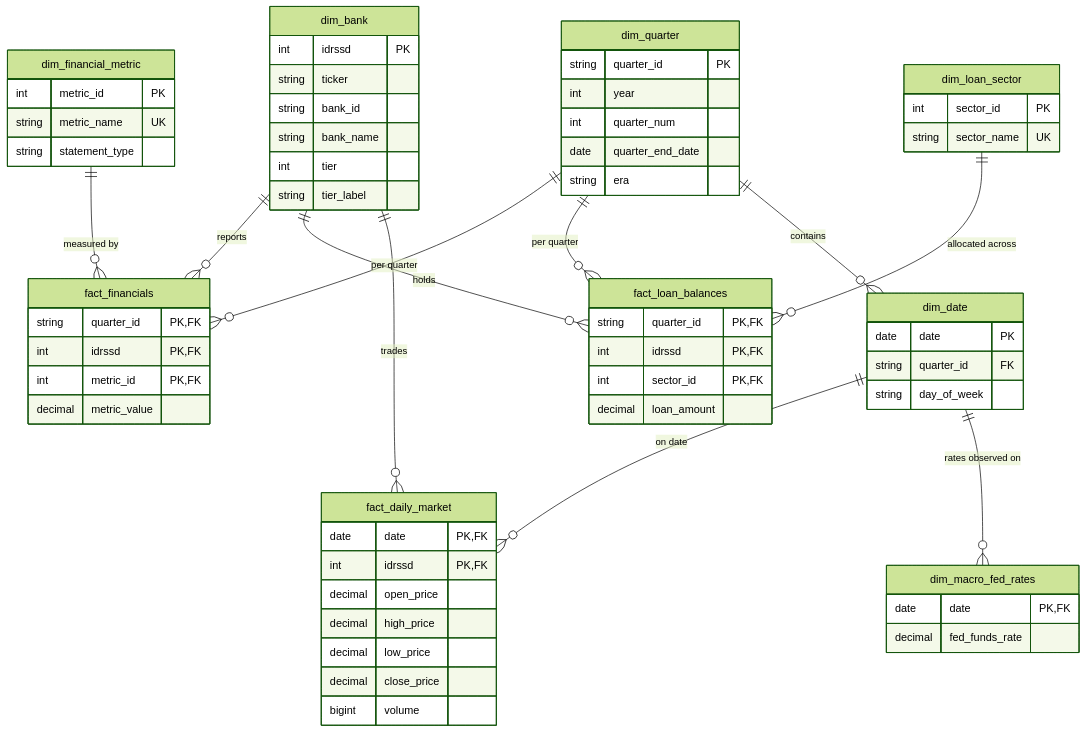
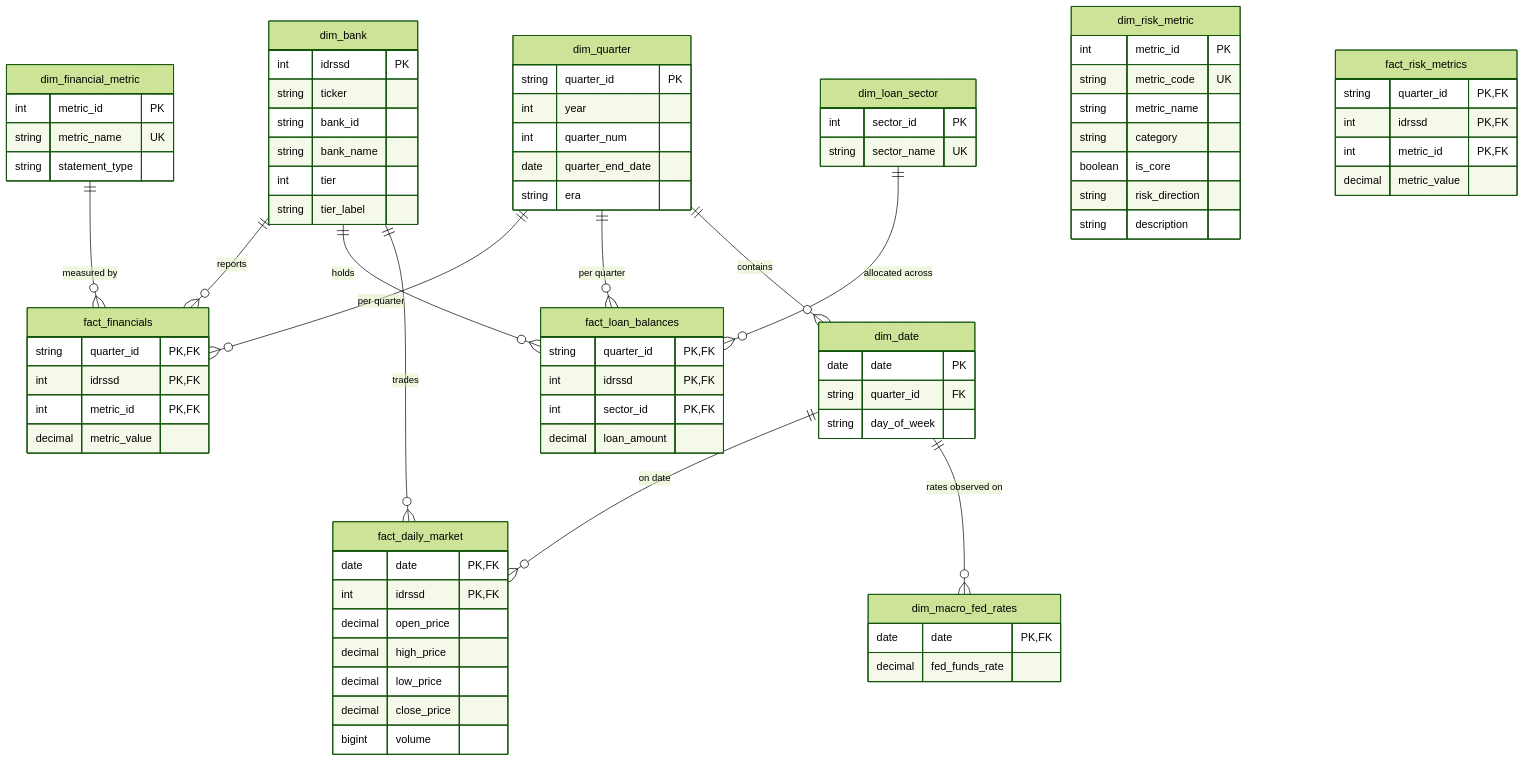
The third of 11 diagrams in docs/04_System_Analysis_and_Design.md (abdalatyf/Financial_Risk_EWS), drawn with Mermaid (forest theme) before and after one commit. The commit also changed other lines of this file and 26 other files, not shown here.

First line of the commit message:
feat(analytics): implement quantitative risk analytics engine, Star Schema metrics, and Power BI views

````diff
--- a/docs/04_System_Analysis_and_Design.md
+++ b/docs/04_System_Analysis_and_Design.md
@@ -198,4 +198,21 @@
         decimal close_price
         bigint volume
     }
+
+    dim_risk_metric {
+        int metric_id PK
+        string metric_code UK
+        string metric_name
+        string category
+        boolean is_core
+        string risk_direction
+        string description
+    }
+
+    fact_risk_metrics {
+        string quarter_id PK, FK
+        int idrssd PK, FK
+        int metric_id PK, FK
+        decimal metric_value
+    }
 ```
````
